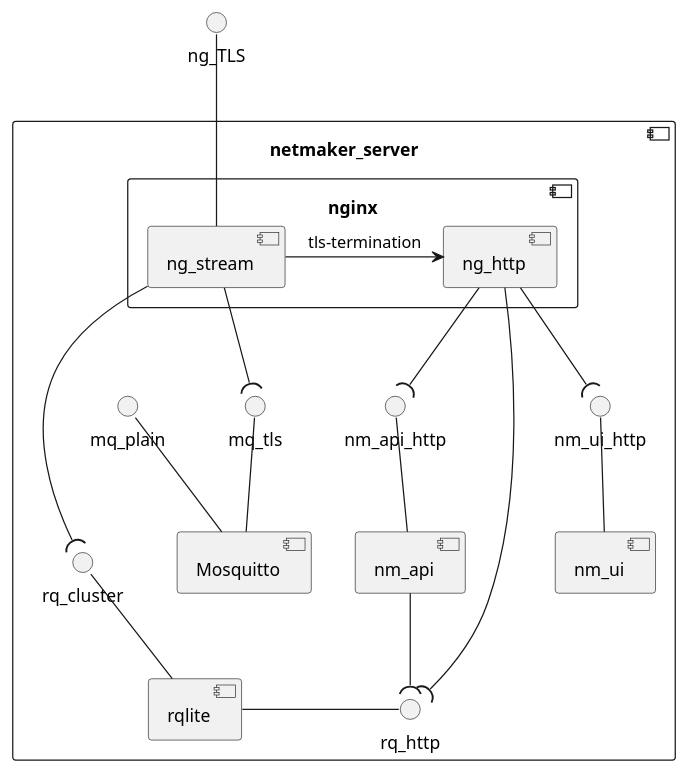
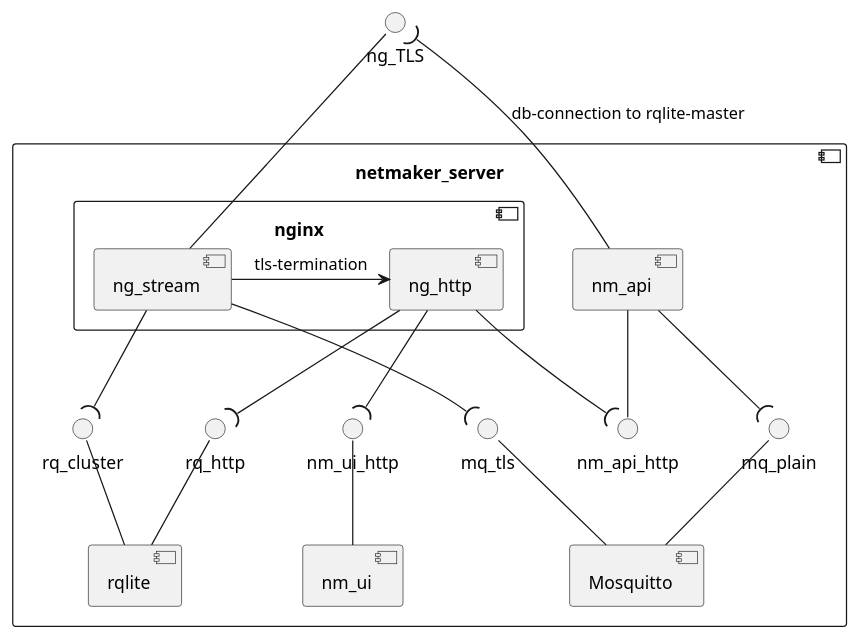
The diagram in netmaker_server/files/opt/netmaker_server/docs/architecture.puml (Ruakij/Ansible-roles), drawn with PlantUML before and after one commit.

Commit message:
Restructure to make better looking

```diff
--- a/netmaker_server/files/opt/netmaker_server/docs/architecture.puml
+++ b/netmaker_server/files/opt/netmaker_server/docs/architecture.puml
@@ -1,37 +1,37 @@
 @startuml
 
 interface ng_TLS
 
 component netmaker_server {
   component nginx {
     component ng_stream
     component ng_http
 
     ng_stream -up- ng_TLS 
 
     ng_stream -right-> ng_http : tls-termination
   }
 
-  component Mosquitto
-  Mosquitto -up- mq_plain
-  Mosquitto -up- mq_tls
-
-  ng_stream -down-( mq_tls
-
-  component rqlite
-  rqlite -right- rq_http
-  rqlite -up- rq_cluster
-  ng_stream --down-( rq_cluster
-  ng_http -down-( rq_http
-
   component nm_ui
   nm_ui -up- nm_ui_http
   ng_http -down-( nm_ui_http
 
+  component Mosquitto
+  Mosquitto -up- mq_plain
+  Mosquitto -up- mq_tls
+  ng_stream -down-( mq_tls
+
+  component rqlite
+  rqlite -up- rq_http
+  rqlite -up- rq_cluster
+  ng_stream -down-( rq_cluster
+  ng_http -down-( rq_http
+
   component nm_api
-  nm_api -up- nm_api_http
-  ng_http -down-( nm_api_http
-  nm_api -( rq_http
+  nm_api -down- nm_api_http
+  ng_http --( nm_api_http
+  nm_api -up-( ng_TLS : db-connection to rqlite-master
+  nm_api --( mq_plain
 }
 
 @enduml
```
